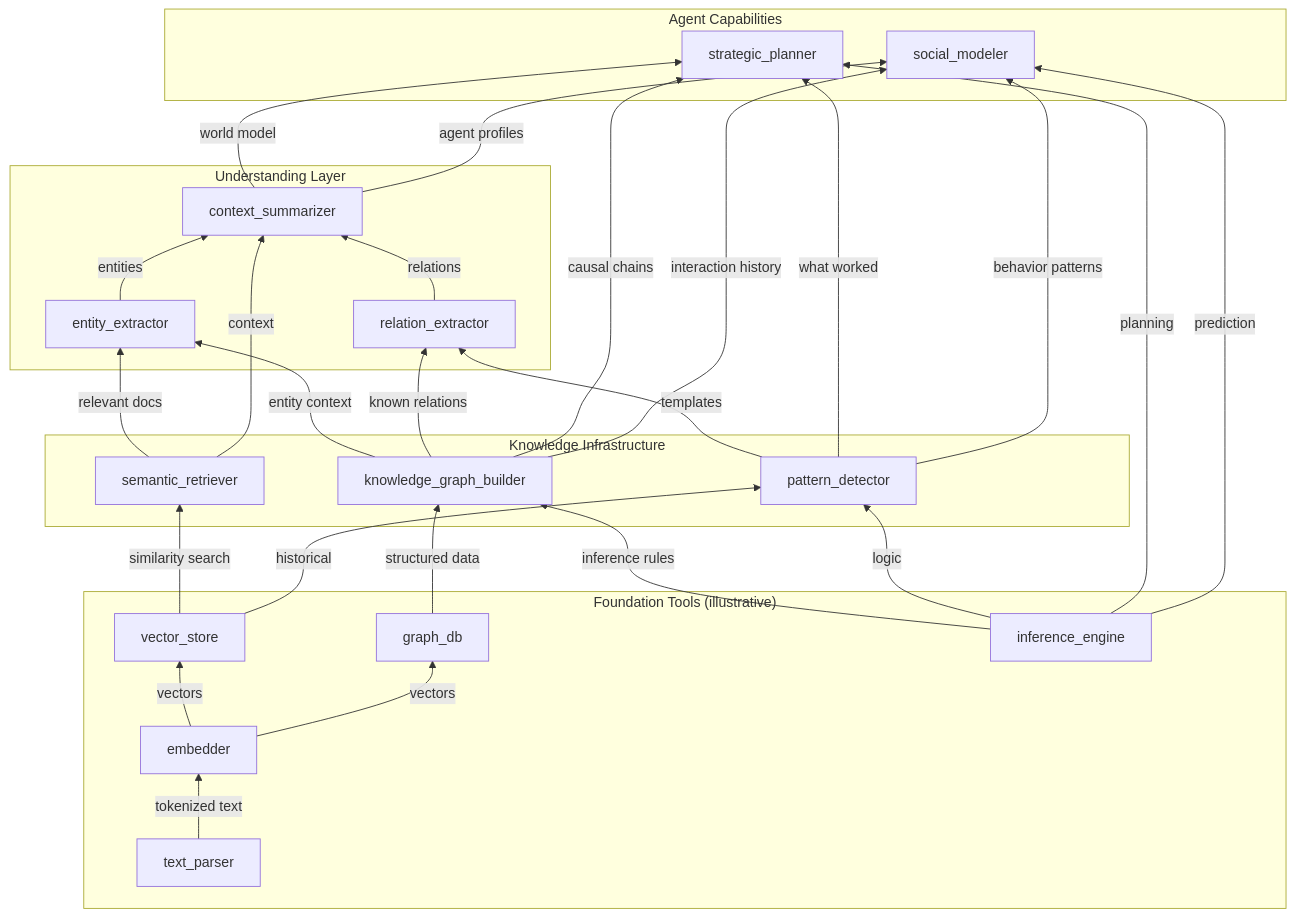
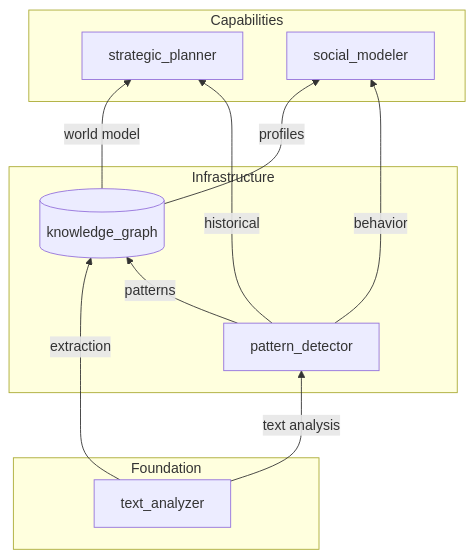
The second of 3 diagrams in README.md (BrianMills2718/agent_ecology2), drawn with Mermaid before and after one commit. The commit also changed other lines of this file and 2 other files, not shown here.

````diff
--- a/README.md
+++ b/README.md
@@ -186,57 +145,26 @@
 ```mermaid
 graph BT
-    subgraph Foundation["Foundation Tools (illustrative)"]
-        Parse[text_parser]
-        Embed[embedder]
-        Store[vector_store]
-        Graph[graph_db]
-        Reason[inference_engine]
+    subgraph Foundation
+        TA[text_analyzer]
     end
 
-    subgraph Knowledge["Knowledge Infrastructure"]
-        KG[knowledge_graph_builder]
-        Retriever[semantic_retriever]
-        Patterns[pattern_detector]
+    subgraph Infrastructure
+        PD[pattern_detector]
+        KG[(knowledge_graph)]
     end
 
-    subgraph Understanding["Understanding Layer"]
-        EntityEx[entity_extractor]
-        RelationEx[relation_extractor]
-        Summarizer[context_summarizer]
+    subgraph Capabilities
+        SP[strategic_planner]
+        SM[social_modeler]
     end
 
-    subgraph Capabilities["Agent Capabilities"]
-        Strategic[strategic_planner]
-        Social[social_modeler]
-    end
+    TA -->|"text analysis"| PD
+    TA -->|"extraction"| KG
+    PD -->|"patterns"| KG
 
-    Parse -->|"tokenized text"| Embed
-    Embed -->|"vectors"| Store
-    Embed -->|"vectors"| Graph
+    KG -->|"world model"| SP
+    PD -->|"historical"| SP
 
-    Store -->|"similarity search"| Retriever
-    Graph -->|"structured data"| KG
-    Reason -->|"inference rules"| KG
-
-    KG -->|"entity context"| EntityEx
-    Retriever -->|"relevant docs"| EntityEx
-    KG -->|"known relations"| RelationEx
-    Patterns -->|"templates"| RelationEx
-
-    Store -->|"historical"| Patterns
-    Reason -->|"logic"| Patterns
-
-    EntityEx -->|"entities"| Summarizer
-    RelationEx -->|"relations"| Summarizer
-    Retriever -->|"context"| Summarizer
-
-    Summarizer -->|"world model"| Strategic
-    KG -->|"causal chains"| Strategic
-    Patterns -->|"what worked"| Strategic
-    Reason -->|"planning"| Strategic
-
-    Summarizer -->|"agent profiles"| Social
-    KG -->|"interaction history"| Social
-    Patterns -->|"behavior patterns"| Social
-    Reason -->|"prediction"| Social
+    KG -->|"profiles"| SM
+    PD -->|"behavior"| SM
 ```
````
